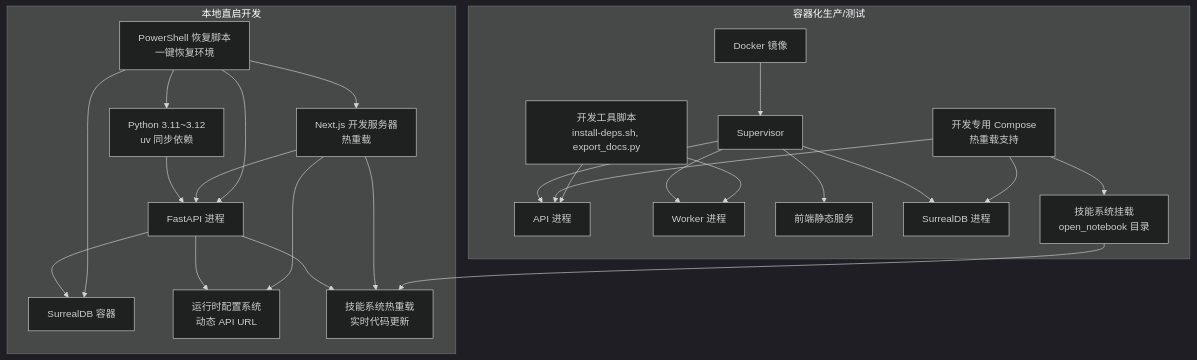
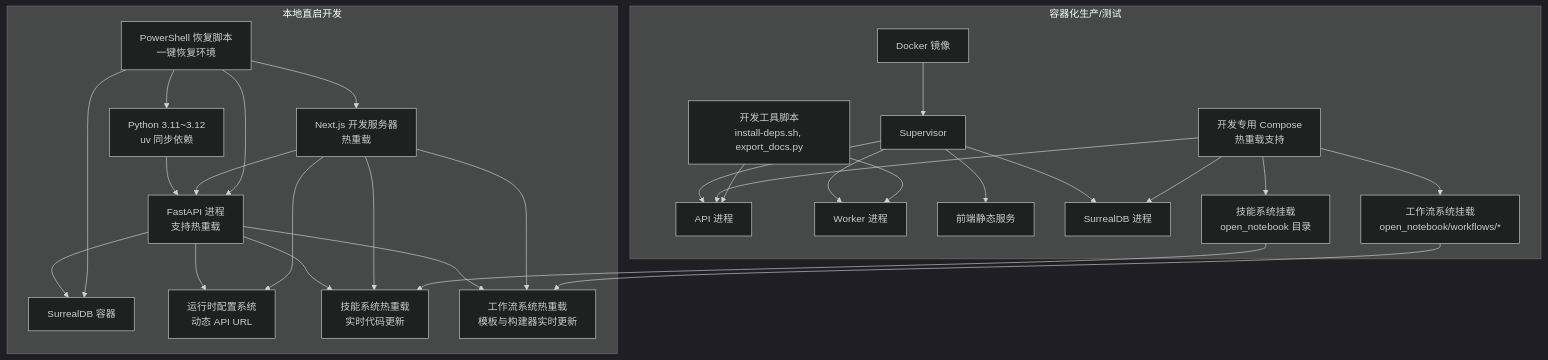
The second of 3 diagrams in .qoder/repowiki/zh/content/开发者指南/开发环境搭建.md (jackeyunjie/open-notebook), drawn with Mermaid (dark theme) before and after one commit. The commit also changed other lines of this file and 89 other files, not shown here.

````diff
--- a/.qoder/repowiki/zh/content/开发者指南/开发环境搭建.md
+++ b/.qoder/repowiki/zh/content/开发者指南/开发环境搭建.md
@@ -179,45 +192,51 @@
 ```mermaid
 graph TB
 subgraph "本地直启开发"
 L1["Python 3.11~3.12<br/>uv 同步依赖"]
-L2["FastAPI 进程"]
+L2["FastAPI 进程<br/>支持热重载"]
 L3["Next.js 开发服务器<br/>热重载"]
 L4["SurrealDB 容器"]
 L5["运行时配置系统<br/>动态 API URL"]
 L6["技能系统热重载<br/>实时代码更新"]
-L7["PowerShell 恢复脚本<br/>一键恢复环境"]
+L7["工作流系统热重载<br/>模板与构建器实时更新"]
+L8["PowerShell 恢复脚本<br/>一键恢复环境"]
 L1 --> L2
 L2 --> L5
 L2 --> L4
 L2 --> L6
+L2 --> L7
 L3 --> L2
 L3 --> L5
 L3 --> L6
-L7 --> L1
-L7 --> L2
-L7 --> L3
-L7 --> L4
+L3 --> L7
+L8 --> L1
+L8 --> L2
+L8 --> L3
+L8 --> L4
 end
 subgraph "容器化生产/测试"
 C1["Docker 镜像"]
 C2["Supervisor"]
 C3["API 进程"]
 C4["Worker 进程"]
 C5["前端静态服务"]
 C6["SurrealDB 进程"]
 C7["开发专用 Compose<br/>热重载支持"]
 C8["技能系统挂载<br/>open_notebook 目录"]
-C9["开发工具脚本<br/>install-deps.sh, export_docs.py"]
+C9["工作流系统挂载<br/>open_notebook/workflows/*"]
+C10["开发工具脚本<br/>install-deps.sh, export_docs.py"]
 C1 --> C2
 C2 --> C3
 C2 --> C4
 C2 --> C5
 C2 --> C6
 C7 --> C3
 C7 --> C6
 C7 --> C8
+C7 --> C9
 C8 --> L6
-C9 --> C3
-C9 --> C4
+C9 --> L7
+C10 --> C3
+C10 --> C4
 end
 ```
````
